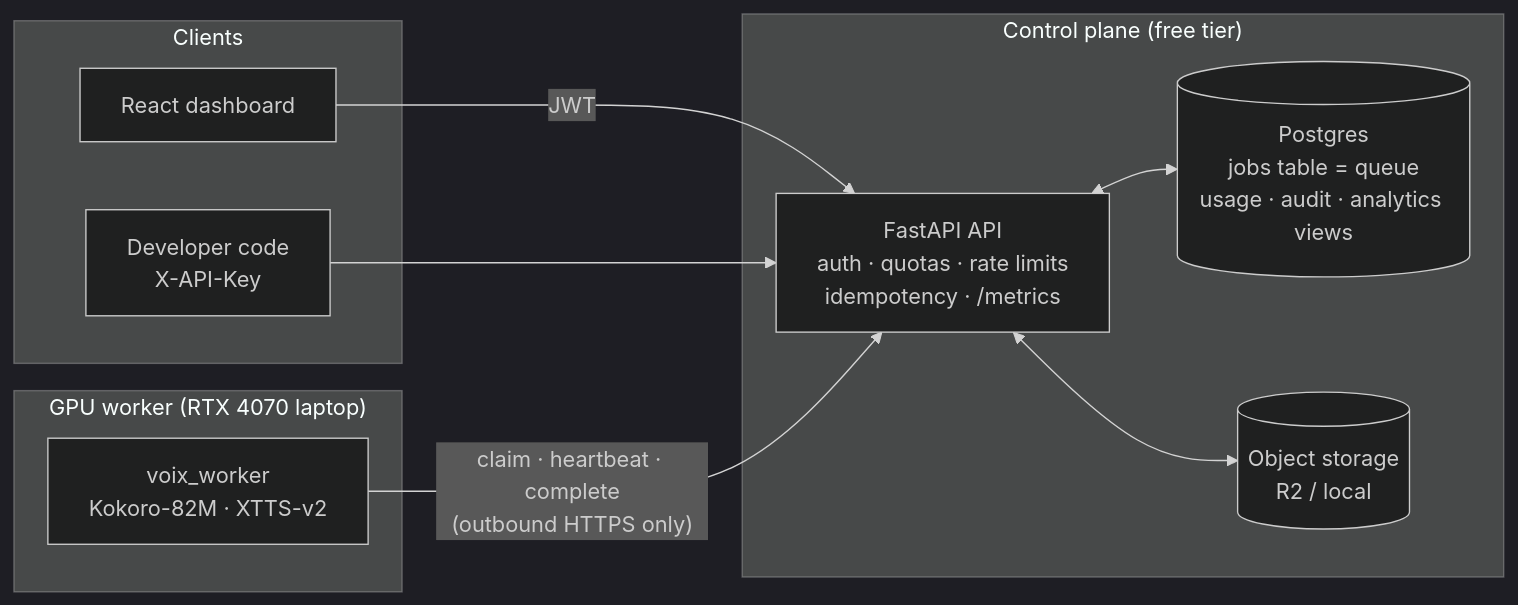
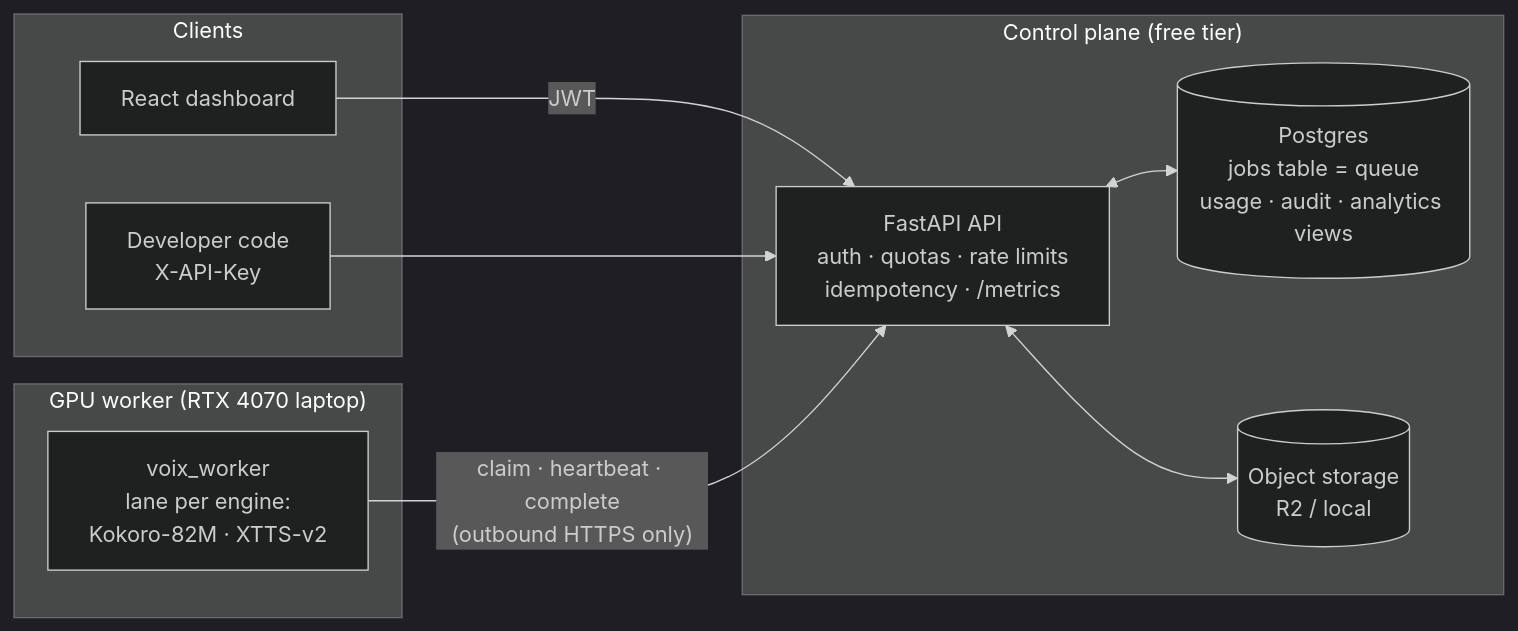
The diagram in README.md (Sanjay5704/VOIX.AI), drawn with Mermaid (dark theme) before and after one commit. The commit also changed other lines of this file and 3 other files, not shown here.

First line of the commit message:
docs: before/after queue waits for per-engine lanes

````diff
--- a/README.md
+++ b/README.md
@@ -14,20 +14,20 @@
 ```mermaid
 flowchart LR
     subgraph Clients
         UI[React dashboard]
         DEV[Developer code<br/>X-API-Key]
     end
     subgraph Cloud["Control plane (free tier)"]
         API[FastAPI API<br/>auth · quotas · rate limits<br/>idempotency · /metrics]
         PG[(Postgres<br/>jobs table = queue<br/>usage · audit · analytics views)]
         S3[(Object storage<br/>R2 / local)]
     end
     subgraph Laptop["GPU worker (RTX 4070 laptop)"]
-        W[voix_worker<br/>Kokoro-82M · XTTS-v2]
+        W[voix_worker<br/>lane per engine:<br/>Kokoro-82M · XTTS-v2]
     end
     UI -- JWT --> API
     DEV --> API
     API <--> PG
     API <--> S3
     W -- "claim · heartbeat · complete<br/>(outbound HTTPS only)" --> API
 ```
````
